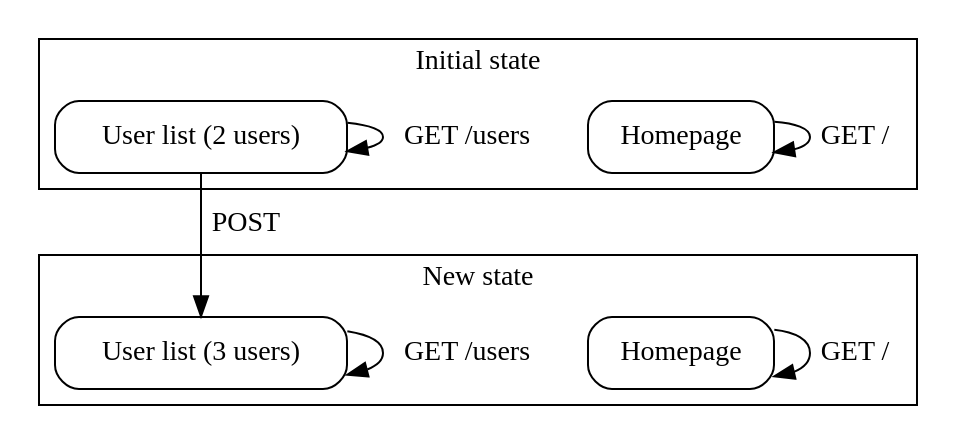
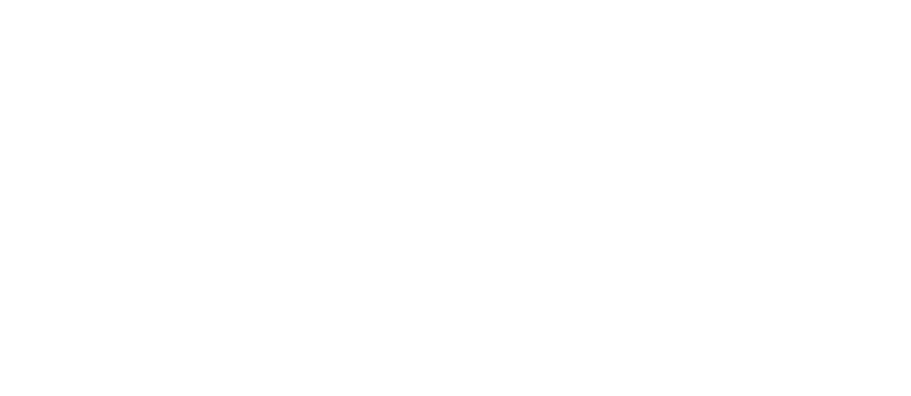
One commit to willdurand-slides/nobody-understands-rest changed the diagram in res/resource-state.dot. Above: the diagram before and after it, drawn with Graphviz. The commit also changed 8 other files, not shown here.

```diff
--- a/res/resource-state.dot
+++ b/res/resource-state.dot
@@ -1,18 +1,20 @@
 digraph ResourceState {
-    node [style=rounded, shape=box, fixedsize=false];
+    graph [bgcolor=transparent,color=white,fontcolor=white];
+    node [style=rounded, shape=box, fixedsize=false,color=white,fontcolor=white];
+    edge [color=white,fontcolor=white];
 
     subgraph cluster0 {
-        label = "Initial state";
+        label = <<u>Initial state</u>>
         homepage1 [label = "Homepage"];
         homepage1 -> homepage1 [label = " GET /"];
         "User list (2 users)" -> "User list (2 users)" [label = " GET /users"];
     }
 
     subgraph cluster1 {
-        label = "New state";
+        label = <<u>New state</u>>;
         "Homepage" -> "Homepage" [label = " GET /"];
         "User list (3 users)" -> "User list (3 users)" [label = " GET /users"];
     }
 
     "User list (2 users)" -> "User list (3 users)" [label = " POST"]
 }
```
